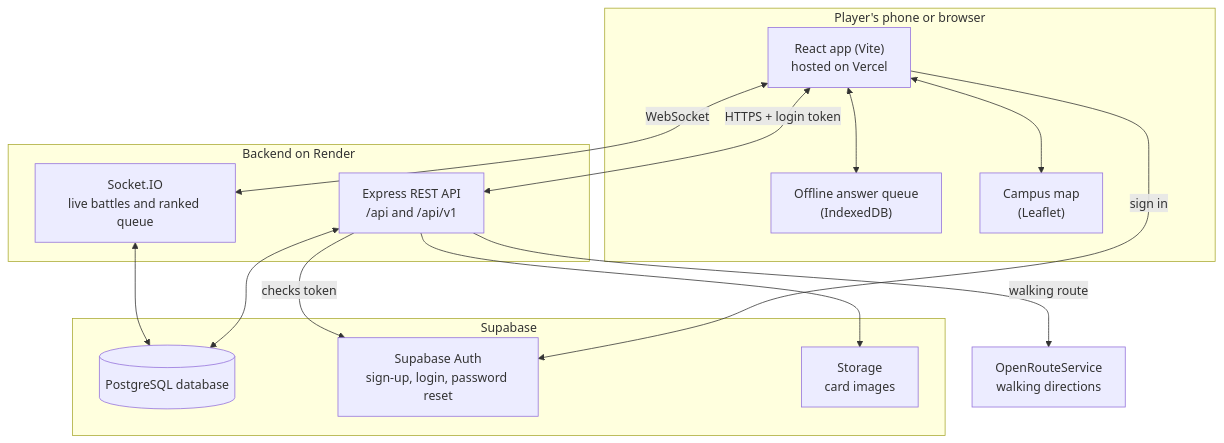
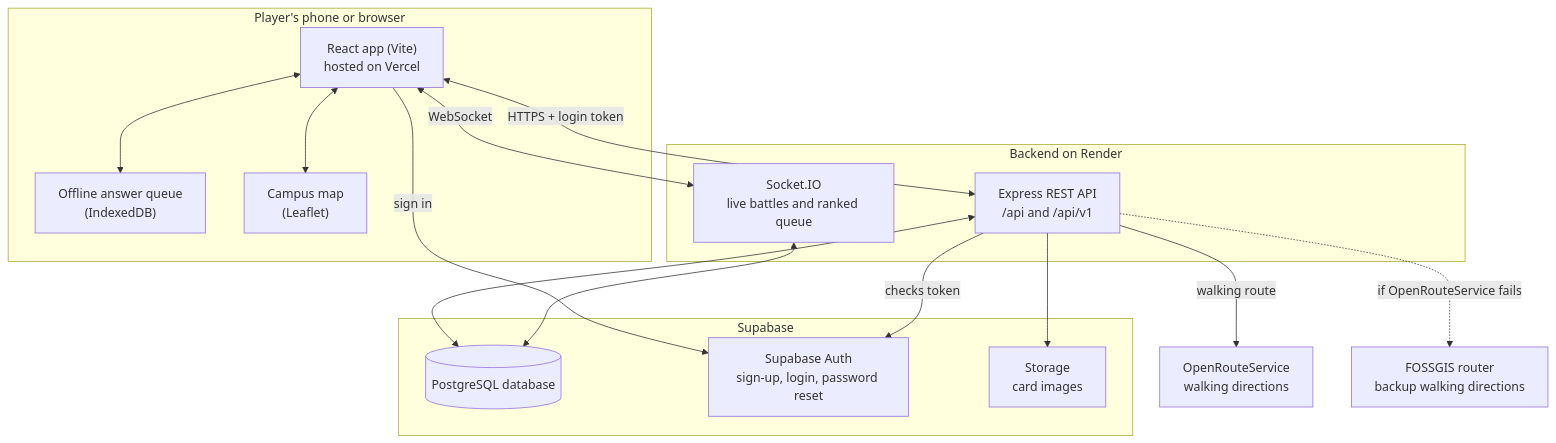
The diagram in docs/uml/01_system_architecture.md (NkadimengKgothatso/-wits-quest), drawn with Mermaid before and after one commit. The commit also changed other lines of this file and 6 other files, not shown here.

Commit message:
Document the FOSSGIS backup for walking directions

````diff
--- a/docs/uml/01_system_architecture.md
+++ b/docs/uml/01_system_architecture.md
@@ -5,32 +5,34 @@
 ```mermaid
 graph TD
     subgraph Phone ["Player's phone or browser"]
         App["React app (Vite)<br/>hosted on Vercel"]
         Queue["Offline answer queue<br/>(IndexedDB)"]
         Map["Campus map<br/>(Leaflet)"]
     end
 
     subgraph Server ["Backend on Render"]
         API["Express REST API<br/>/api and /api/v1"]
         WS["Socket.IO<br/>live battles and ranked queue"]
     end
 
     subgraph Supabase ["Supabase"]
         DB[("PostgreSQL database")]
         Auth["Supabase Auth<br/>sign-up, login, password reset"]
         Store["Storage<br/>card images"]
     end
 
     ORS["OpenRouteService<br/>walking directions"]
+    FOS["FOSSGIS router<br/>backup walking directions"]
 
     App <--> Queue
     App <--> Map
     App -->|sign in| Auth
     App <-->|HTTPS + login token| API
     App <-->|WebSocket| WS
     API -->|checks token| Auth
     API <--> DB
     WS <--> DB
     API --> Store
     API -->|walking route| ORS
+    API -.->|if OpenRouteService fails| FOS
 ```
````
